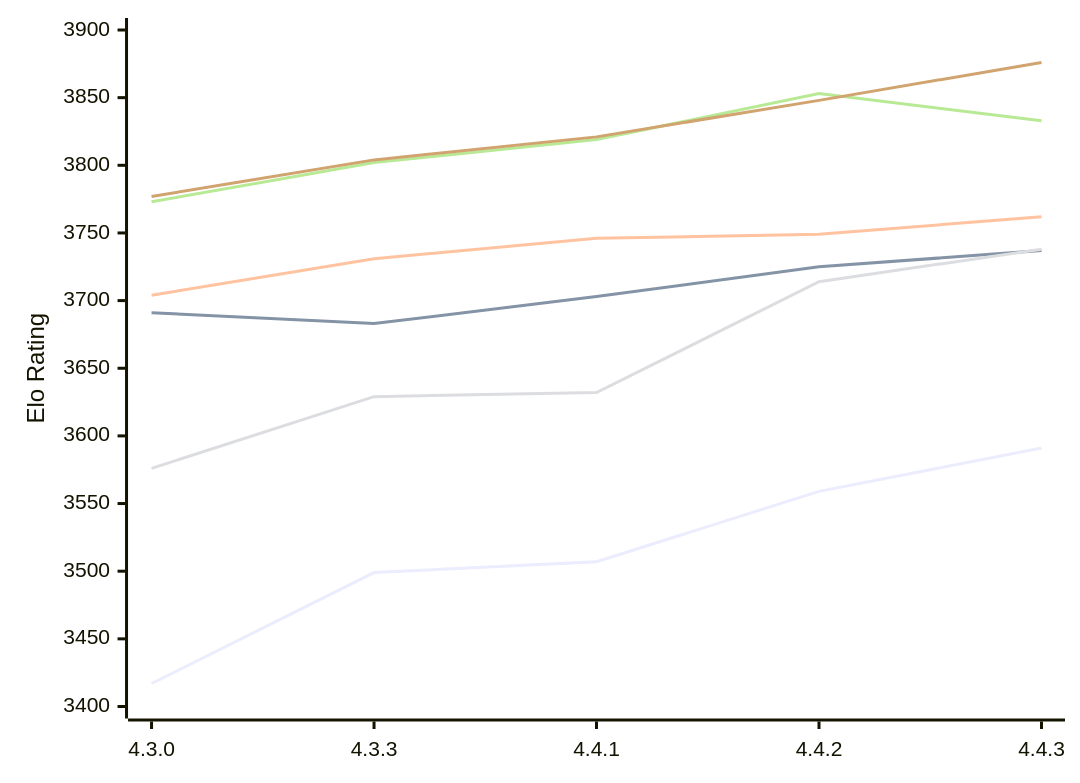
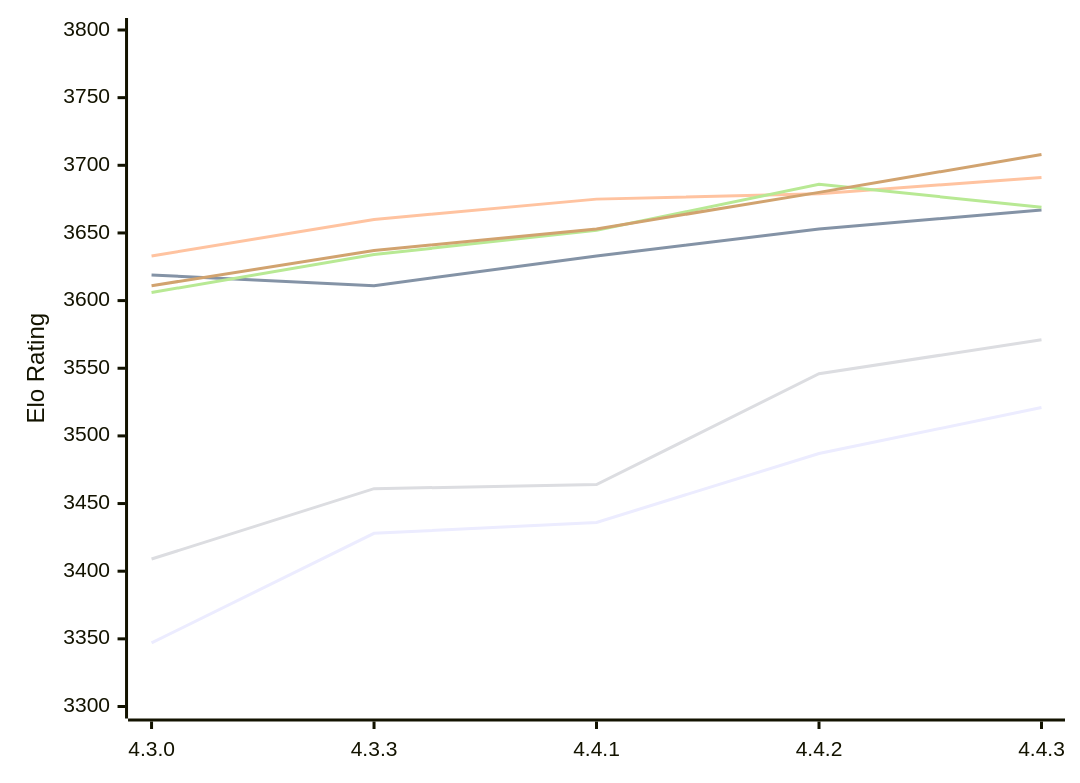
One commit to computer-chess-index/cci changed the first of 2 diagrams in engines/Gaia.md. Above: the diagram before and after it, drawn with Mermaid. The commit also changed other lines of this file, not shown here.

Commit message:
Update CCI Ratings (ELO VLTC) - 2026-11-13

````diff
--- a/engines/Gaia.md
+++ b/engines/Gaia.md
@@ -61,12 +61,12 @@
 ```mermaid
 %%{init: {"theme":"base","themeVariables":{"seriesColors:['#a3a3a3','#222221','#faa371']}}}%%
 xychart-beta
   x-axis ["4.3.0", "4.3.3", "4.4.1", "4.4.2", "4.4.3"]
-  y-axis "Elo Rating" 3400 --> 3900
-  line "E1: STC (8.0+0.08s)" [3417, 3499, 3507, 3559, 3591]
-  line "E1: LTC (60.0+0.60s)" [3691, 3683, 3703, 3725, 3737]
-  line "E1: VLTC (2m24s+1.12s)" [3704, 3731, 3746, 3749, 3762]
-  line "P1: STC (8.0+0.08s)" [3576, 3629, 3632, 3714, 3738]
-  line "P1: LTC (60.0+0.60s)" [3773, 3802, 3819, 3853, 3833]
-  line "P1: VLTC (2m24s+1.12s)" [3777, 3804, 3821, 3848, 3876]
+  y-axis "Elo Rating" 3300 --> 3800
+  line "E1: STC (8.0+0.08s)" [3347, 3428, 3436, 3487, 3521]
+  line "E1: LTC (60.0+0.60s)" [3619, 3611, 3633, 3653, 3667]
+  line "E1: VLTC (2m24s+1.12s)" [3633, 3660, 3675, 3679, 3691]
+  line "P1: STC (8.0+0.08s)" [3409, 3461, 3464, 3546, 3571]
+  line "P1: LTC (60.0+0.60s)" [3606, 3634, 3652, 3686, 3669]
+  line "P1: VLTC (2m24s+1.12s)" [3611, 3637, 3653, 3680, 3708]
 ```
````
